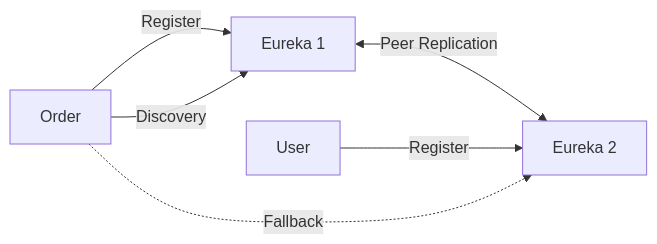
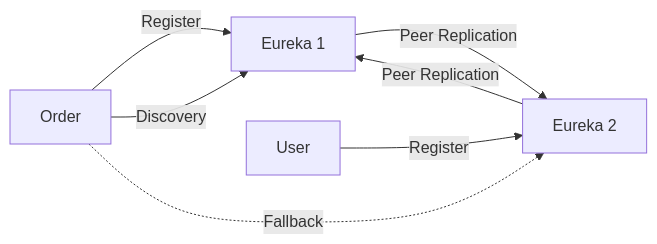
One commit to yjkim2015/yjkim2015.github.io changed the fourth of 4 diagrams in _posts/spring/2026-05-01-spring-eureka.md. Above: the diagram before and after it, drawn with Mermaid. The commit also changed 38 other files, not shown here.

First line of the commit message:
Mermaid 파싱 에러 최종 수정 + 화살표 간격 확대

````diff
--- a/_posts/spring/2026-05-01-spring-eureka.md
+++ b/_posts/spring/2026-05-01-spring-eureka.md
@@ -204,8 +204,9 @@
 ```mermaid
 graph LR
-    ES1["Eureka 1"] <-->|Peer Replication| ES2["Eureka 2"]
+    ES1["Eureka 1"] -->|Peer Replication| ES2["Eureka 2"]
+    ES2["Eureka 2"] -->|Peer Replication| ES1["Eureka 1"]
     MS1["Order"] -->|Register| ES1
     MS2["User"] -->|Register| ES2
     MS1 -->|Discovery| ES1
     MS1 -.->|Fallback| ES2
 ```
````
